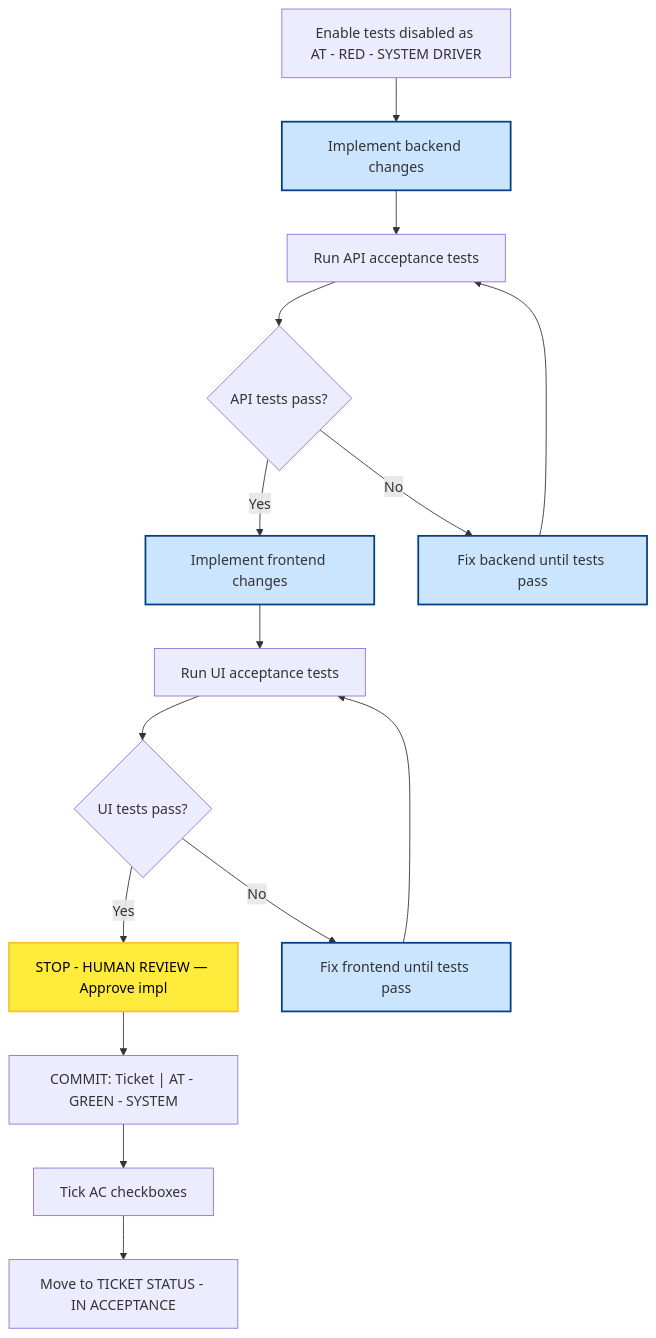
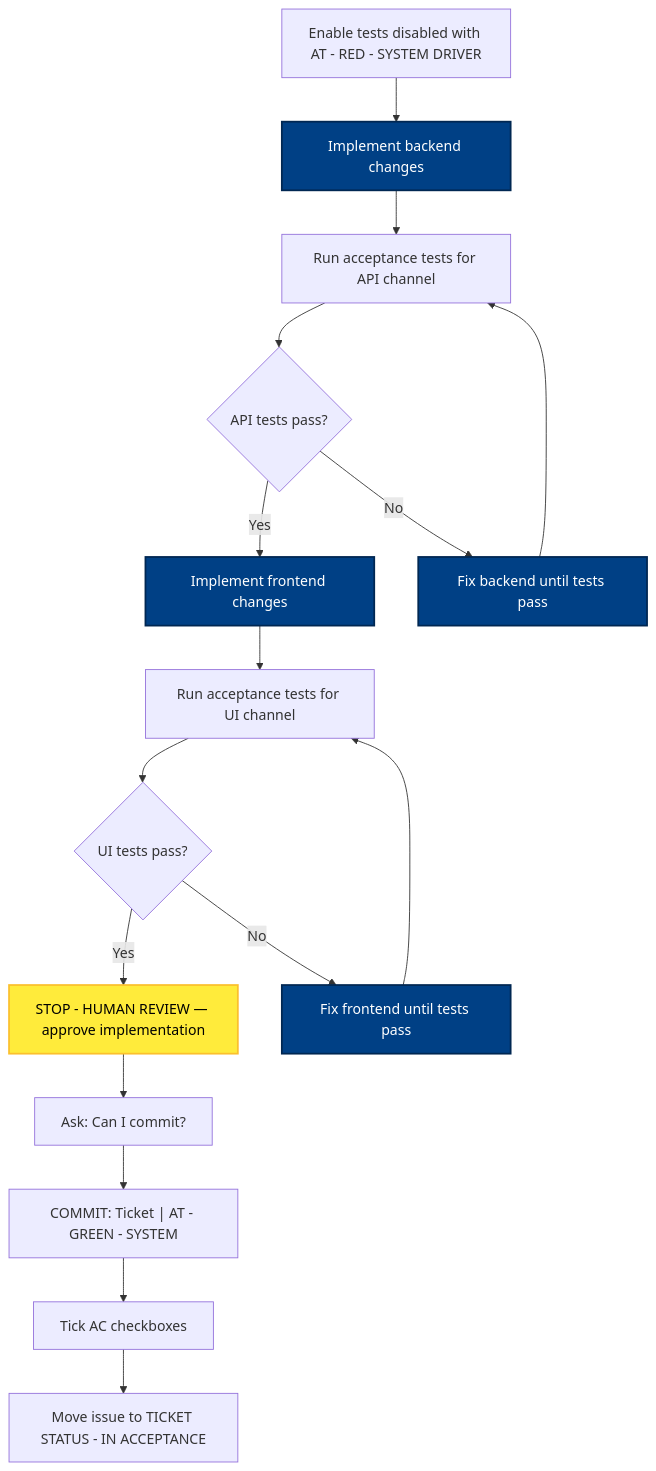
The fourth of 8 diagrams in docs/atdd/process/diagram-phase-details.md (optivem/starter), drawn with Mermaid before and after one commit. The commit also changed other lines of this file and 2 other files, not shown here.

````diff
--- a/docs/atdd/process/diagram-phase-details.md
+++ b/docs/atdd/process/diagram-phase-details.md
@@ -115,36 +117,38 @@
 ```mermaid
 flowchart TD
-    ENABLE[Enable tests disabled as AT - RED - SYSTEM DRIVER]
+    ENABLE["Enable tests disabled with AT - RED - SYSTEM DRIVER"]
     BACKEND[Implement backend changes]
-    RUN_API[Run API acceptance tests]
-    API_OK{API tests pass?}
+    RUN_API[Run acceptance tests for API channel]
+    BACKEND_OK{API tests pass?}
     FIX_BACKEND[Fix backend until tests pass]
     FRONTEND[Implement frontend changes]
-    RUN_UI[Run UI acceptance tests]
-    UI_OK{UI tests pass?}
+    RUN_UI[Run acceptance tests for UI channel]
+    FRONTEND_OK{UI tests pass?}
     FIX_FRONTEND[Fix frontend until tests pass]
-    STOP_WRITE[STOP - HUMAN REVIEW — Approve impl]
+    STOP_WRITE["STOP - HUMAN REVIEW — approve implementation"]
+    ASK_COMMIT["Ask: Can I commit?"]
     COMMIT["COMMIT: Ticket | AT - GREEN - SYSTEM"]
     TICK[Tick AC checkboxes]
-    IN_ACCEPTANCE[Move to TICKET STATUS - IN ACCEPTANCE]
+    INACC[Move issue to TICKET STATUS - IN ACCEPTANCE]
 
     ENABLE --> BACKEND
     BACKEND --> RUN_API
-    RUN_API --> API_OK
-    API_OK -->|Yes| FRONTEND
-    API_OK -->|No| FIX_BACKEND
+    RUN_API --> BACKEND_OK
+    BACKEND_OK -->|Yes| FRONTEND
+    BACKEND_OK -->|No| FIX_BACKEND
     FIX_BACKEND --> RUN_API
     FRONTEND --> RUN_UI
-    RUN_UI --> UI_OK
-    UI_OK -->|Yes| STOP_WRITE
-    UI_OK -->|No| FIX_FRONTEND
+    RUN_UI --> FRONTEND_OK
+    FRONTEND_OK -->|Yes| STOP_WRITE
+    FRONTEND_OK -->|No| FIX_FRONTEND
     FIX_FRONTEND --> RUN_UI
-    STOP_WRITE --> COMMIT
+    STOP_WRITE --> ASK_COMMIT
+    ASK_COMMIT --> COMMIT
     COMMIT --> TICK
-    TICK --> IN_ACCEPTANCE
+    TICK --> INACC
 
-    classDef effortNode fill:#cce5ff,stroke:#004085,stroke-width:2px
+    classDef effortNode fill:#004085,stroke:#002752,stroke-width:2px,color:#ffffff
     class BACKEND,FRONTEND,FIX_BACKEND,FIX_FRONTEND effortNode
     classDef humanReviewNode fill:#ffeb3b,stroke:#fbc02d,stroke-width:2px,color:#000
     class STOP_WRITE humanReviewNode
 ```
````
